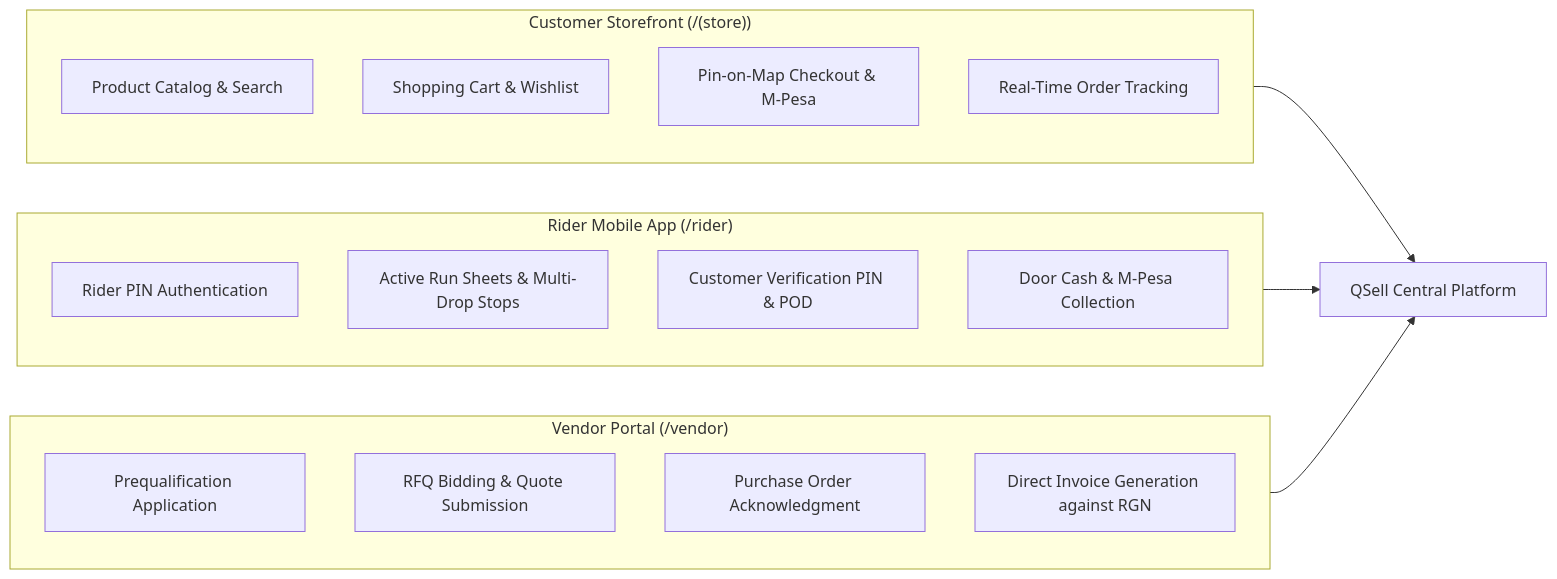
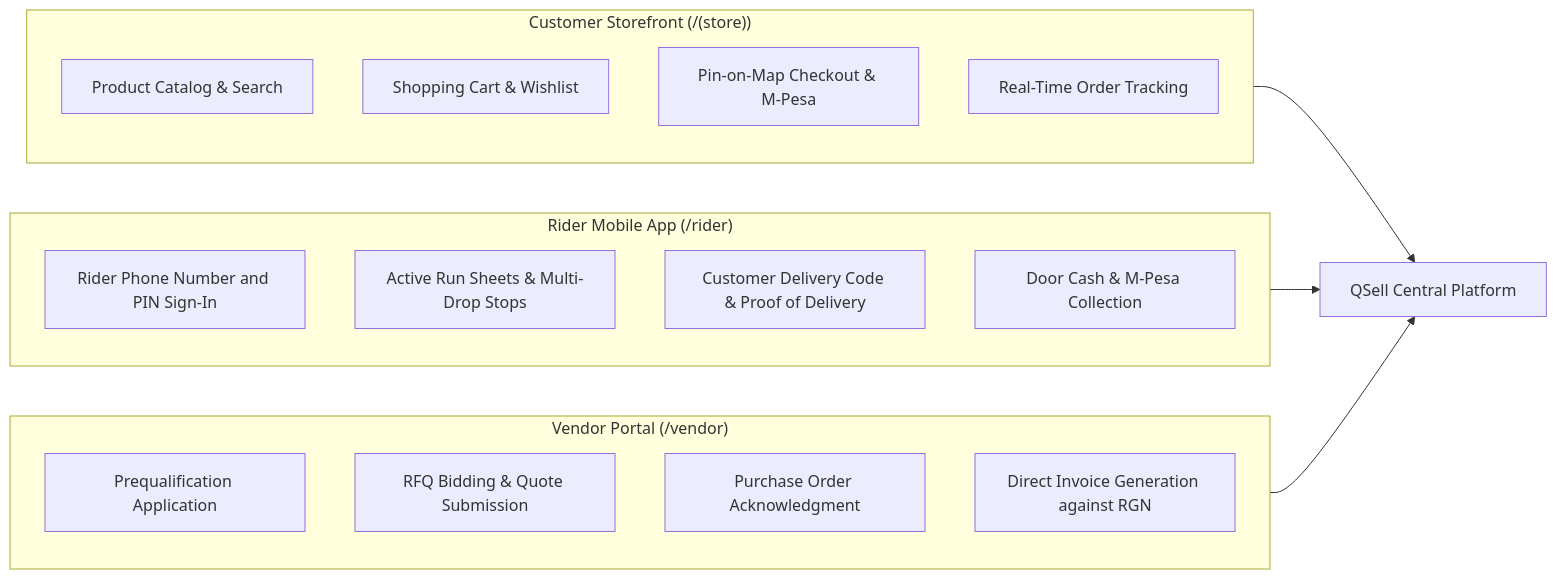
Before and after one commit to paullaster/qsell: the second of 2 diagrams in docs/implementor-guide/14-external-portals-customer-rider-vendor.md, drawn with Mermaid. The commit also changed other lines of this file and 2 other files, not shown here.

````diff
--- a/docs/implementor-guide/14-external-portals-customer-rider-vendor.md
+++ b/docs/implementor-guide/14-external-portals-customer-rider-vendor.md
@@ -47,27 +47,27 @@
 ```mermaid
 graph LR
     subgraph Storefront["Customer Storefront (/(store))"]
         CAT[Product Catalog & Search]
         CART[Shopping Cart & Wishlist]
         CHK[Pin-on-Map Checkout & M-Pesa]
         TRK[Real-Time Order Tracking]
     end
 
     subgraph RiderApp["Rider Mobile App (/rider)"]
-        AUTH[Rider PIN Authentication]
+        AUTH[Rider Phone Number and PIN Sign-In]
         RUNS[Active Run Sheets & Multi-Drop Stops]
-        POD[Customer Verification PIN & POD]
+        POD[Customer Delivery Code & Proof of Delivery]
         COD[Door Cash & M-Pesa Collection]
     end
 
     subgraph VendorPortal["Vendor Portal (/vendor)"]
         PRE[Prequalification Application]
         BID[RFQ Bidding & Quote Submission]
         PO[Purchase Order Acknowledgment]
         INV[Direct Invoice Generation against RGN]
     end
 
     Storefront --> APP["QSell Central Platform"]
     RiderApp --> APP
     VendorPortal --> APP
 ```
````
